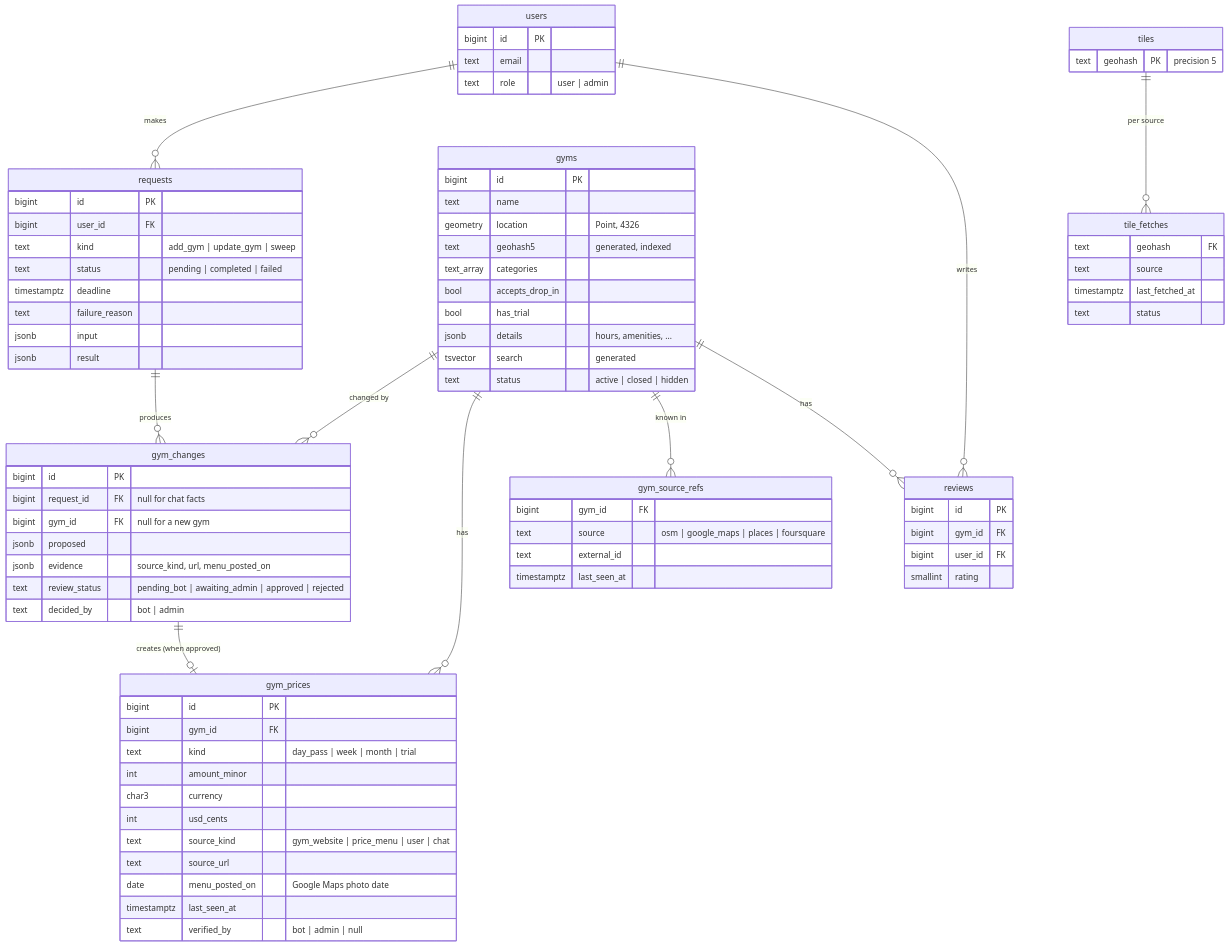
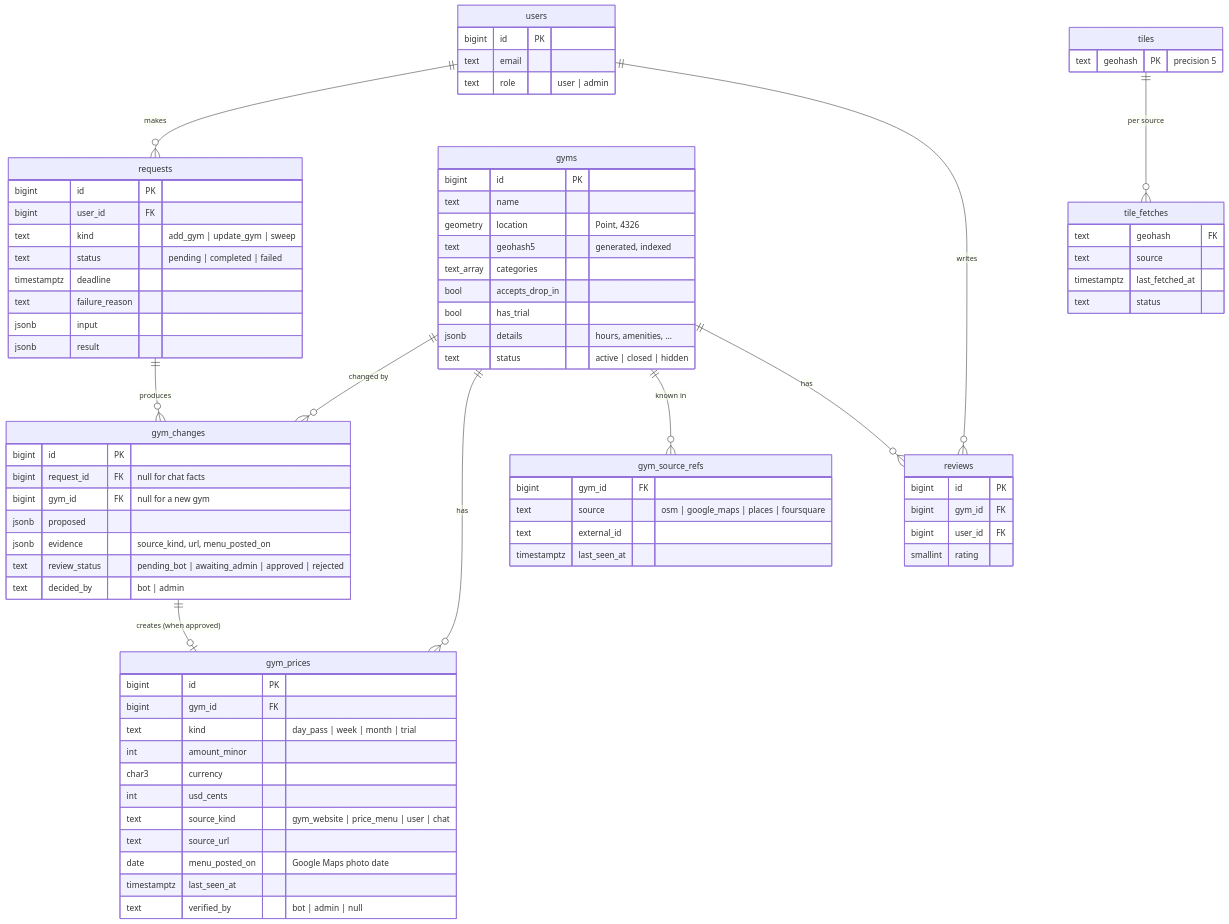
Before and after one commit to AbsentLung/TravelApp: the fourth of 8 diagrams in STACK_AND_SCHEMA.md, drawn with Mermaid. The commit also changed other lines of this file and 2 other files, not shown here.

First line of the commit message:
Keep filters and price sidebar exactly as in the vibe-coded app; drop server search and price filter

```diff
--- a/STACK_AND_SCHEMA.md
+++ b/STACK_AND_SCHEMA.md
@@ -259,7 +259,6 @@
         bool accepts_drop_in
         bool has_trial
         jsonb details "hours, amenities, ..."
-        tsvector search "generated"
         text status "active | closed | hidden"
     }
     gym_prices {
```
